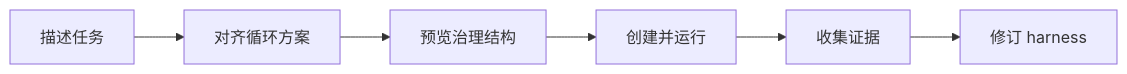
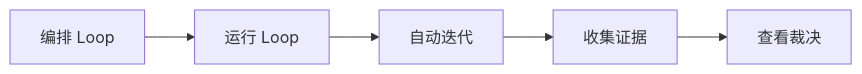
Before and after one commit to huyusong10/Liminal: the diagram in README.zh-CN.md, drawn with Mermaid. The commit also changed other lines of this file and 49 other files, not shown here.

````diff
--- a/README.zh-CN.md
+++ b/README.zh-CN.md
@@ -108,8 +105,7 @@
 ```mermaid
 flowchart LR
-    A["描述任务"] --> B["对齐循环方案"]
-    B --> C["预览治理结构"]
-    C --> D["创建并运行"]
-    D --> E["收集证据"]
-    E --> F["修订 harness"]
+    A["编排 Loop"] --> B["运行 Loop"]
+    B --> C["自动迭代"]
+    C --> D["收集证据"]
+    D --> E["查看裁决"]
 ```
````
